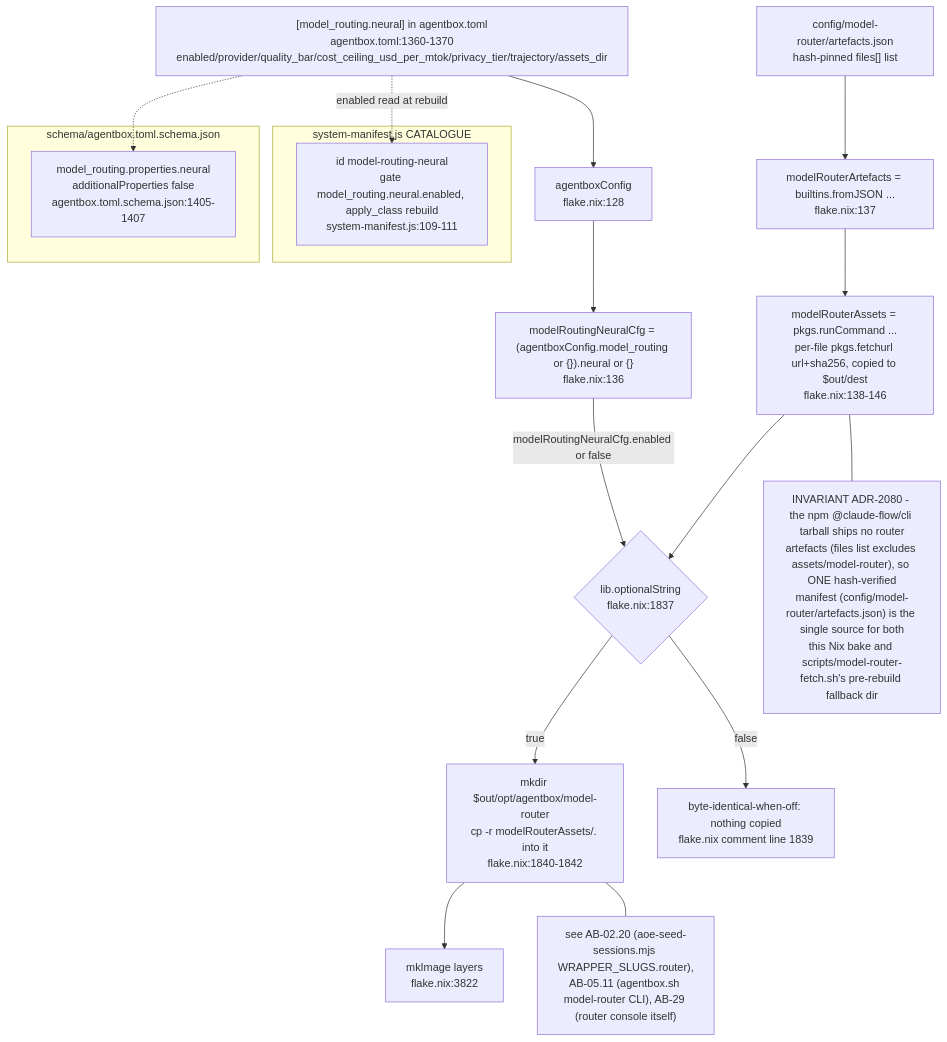
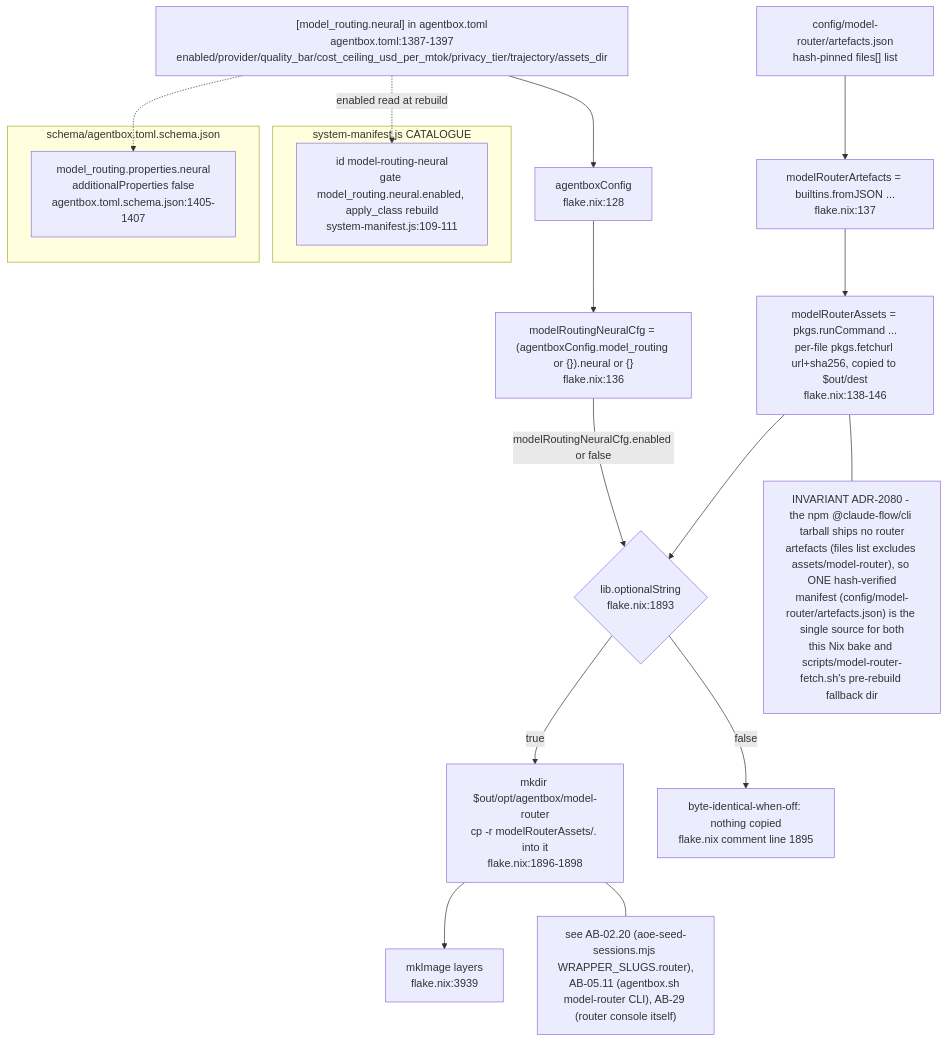
One commit to DreamLab-AI/VisionFlow changed the tenth of 10 diagrams in docs/diagrams/agentbox/01-nix-flake-composition.md. Above: the diagram before and after it, drawn with Mermaid. The commit also changed other lines of this file and 94 other files, not shown here.

First line of the commit message:
docs(diagrams): re-verify 130 topics against 2 October HEADs

````diff
--- a/docs/diagrams/agentbox/01-nix-flake-composition.md
+++ b/docs/diagrams/agentbox/01-nix-flake-composition.md
@@ -431,29 +445,29 @@
 ```mermaid
 flowchart TB
-    TOML2["[model_routing.neural] in agentbox.toml<br/>agentbox.toml:1360-1370<br/>enabled/provider/quality_bar/cost_ceiling_usd_per_mtok/privacy_tier/trajectory/assets_dir"] --> CFG2["agentboxConfig<br/>flake.nix:128"]
+    TOML2["[model_routing.neural] in agentbox.toml<br/>agentbox.toml:1387-1397<br/>enabled/provider/quality_bar/cost_ceiling_usd_per_mtok/privacy_tier/trajectory/assets_dir"] --> CFG2["agentboxConfig<br/>flake.nix:128"]
     CFG2 --> MRNCFG["modelRoutingNeuralCfg = (agentboxConfig.model_routing or {}).neural or {}<br/>flake.nix:136"]
     ARTJSON["config/model-router/artefacts.json<br/>hash-pinned files[] list"] --> MRNFETCH["modelRouterArtefacts = builtins.fromJSON ...<br/>flake.nix:137"]
     MRNFETCH --> MRNASSETS["modelRouterAssets = pkgs.runCommand ...<br/>per-file pkgs.fetchurl url+sha256, copied to $out/dest<br/>flake.nix:138-146"]
 
-    MRNCFG -->|"modelRoutingNeuralCfg.enabled or false"| GATE{"lib.optionalString<br/>flake.nix:1837"}
+    MRNCFG -->|"modelRoutingNeuralCfg.enabled or false"| GATE{"lib.optionalString<br/>flake.nix:1893"}
     MRNASSETS --> GATE
-    GATE -->|true| BAKE["mkdir $out/opt/agentbox/model-router<br/>cp -r modelRouterAssets/. into it<br/>flake.nix:1840-1842"]
-    GATE -->|false| SKIP["byte-identical-when-off: nothing copied<br/>flake.nix comment line 1839"]
-    BAKE --> ALLPKG2["mkImage layers<br/>flake.nix:3822"]
+    GATE -->|true| BAKE["mkdir $out/opt/agentbox/model-router<br/>cp -r modelRouterAssets/. into it<br/>flake.nix:1896-1898"]
+    GATE -->|false| SKIP["byte-identical-when-off: nothing copied<br/>flake.nix comment line 1895"]
+    BAKE --> ALLPKG2["mkImage layers<br/>flake.nix:3939"]
 
     subgraph MANIFEST2["system-manifest.js CATALOGUE"]
         MRNENTRY["id model-routing-neural<br/>gate model_routing.neural.enabled, apply_class rebuild<br/>system-manifest.js:109-111"]
     end
     TOML2 -.->|"enabled read at rebuild"| MRNENTRY
 
     subgraph SCHEMA2["schema/agentbox.toml.schema.json"]
         NEURALSCHEMA["model_routing.properties.neural<br/>additionalProperties false<br/>agentbox.toml.schema.json:1405-1407"]
     end
     TOML2 -.-> NEURALSCHEMA
 
     NOTE1["INVARIANT ADR-2080 - the npm @claude-flow/cli tarball ships no router<br/>artefacts (files list excludes assets/model-router), so ONE hash-verified<br/>manifest (config/model-router/artefacts.json) is the single source for both<br/>this Nix bake and scripts/model-router-fetch.sh's pre-rebuild fallback dir"]
     MRNASSETS --- NOTE1
 
     NOTE2["see AB-02.20 (aoe-seed-sessions.mjs WRAPPER_SLUGS.router),<br/>AB-05.11 (agentbox.sh model-router CLI), AB-29 (router console itself)"]
     BAKE --- NOTE2
 ```
````
